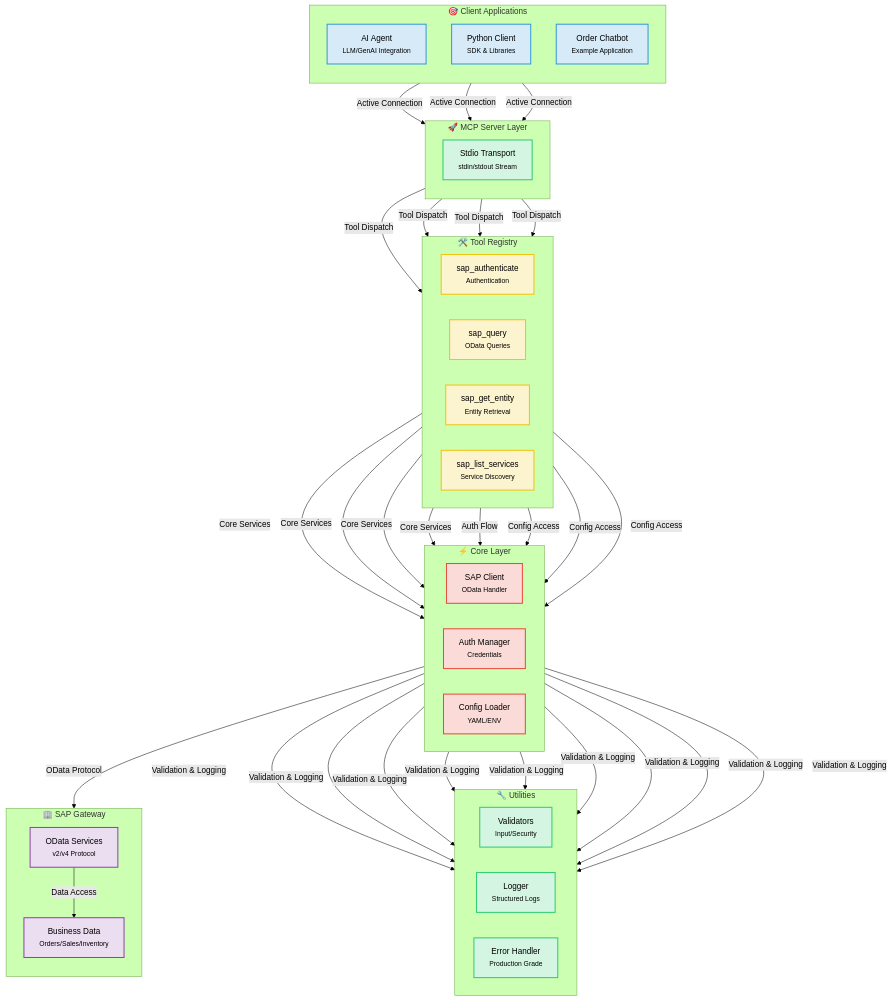
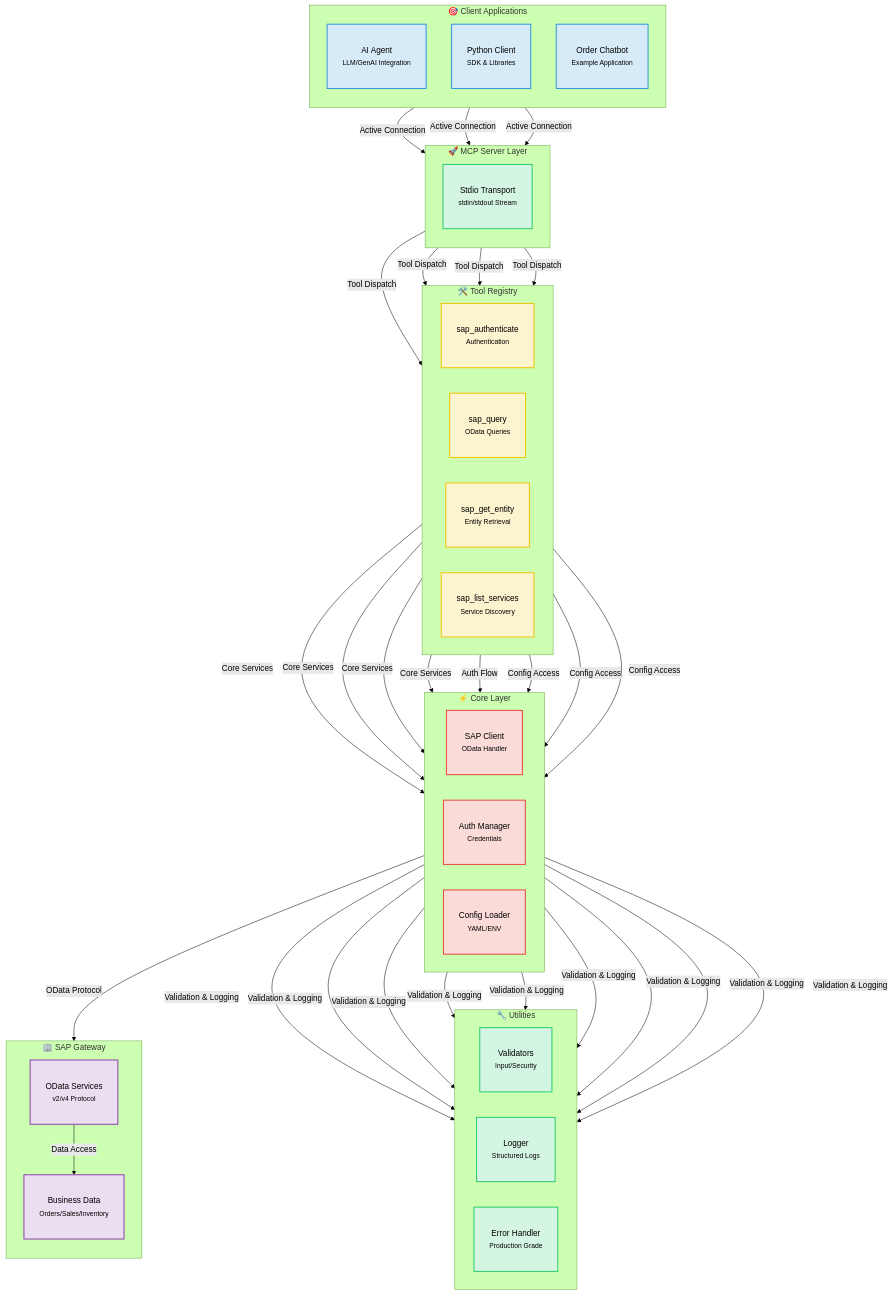
The first of 5 diagrams in README.md (midasol/sap-mcp-server), drawn with Mermaid (forest theme) before and after one commit. The commit also changed other lines of this file, not shown here.

````diff
--- a/README.md
+++ b/README.md
@@ -41,66 +41,66 @@
 ```mermaid
 graph TB
     subgraph clients["🎯 Client Applications"]
         direction TB
         A1["AI Agent<br/><small>LLM/GenAI Integration</small>"]
         A2["Python Client<br/><small>SDK & Libraries</small>"]
         A3["Order Chatbot<br/><small>Example Application</small>"]
     end
 
     subgraph transport["🚀 MCP Server Layer"]
         direction TB
         B1["Stdio Transport<br/><small>stdin/stdout Stream</small>"]
     end
 
     subgraph registry["🛠️ Tool Registry"]
         direction LR
         C1["sap_authenticate<br/><small>Authentication</small>"]
         C2["sap_query<br/><small>OData Queries</small>"]
         C3["sap_get_entity<br/><small>Entity Retrieval</small>"]
         C4["sap_list_services<br/><small>Service Discovery</small>"]
     end
 
     subgraph core["⚡ Core Layer"]
         direction LR
         D1["SAP Client<br/><small>OData Handler</small>"]
         D2["Auth Manager<br/><small>Credentials</small>"]
         D3["Config Loader<br/><small>YAML/ENV</small>"]
     end
 
     subgraph utils["🔧 Utilities"]
         direction LR
         E1["Validators<br/><small>Input/Security</small>"]
         E2["Logger<br/><small>Structured Logs</small>"]
         E3["Error Handler<br/><small>Production Grade</small>"]
     end
 
     subgraph sap["🏢 SAP Gateway"]
         direction TB
         F1["OData Services<br/><small>v2/v4 Protocol</small>"]
         F2["Business Data<br/><small>Orders/Sales/Inventory</small>"]
     end
 
     A1 & A2 & A3 -->|Active Connection| B1
     B1 -->|Tool Dispatch| C1 & C2 & C3 & C4
     C1 & C2 & C3 & C4 -->|Core Services| D1
     C1 -->|Auth Flow| D2
     C2 & C3 & C4 -->|Config Access| D3
     D1 & D2 & D3 -->|Validation & Logging| E1 & E2 & E3
     D1 -->|OData Protocol| F1
     F1 -->|Data Access| F2
 
-    classDef clientNode fill:#D6EAF8,stroke:#3498DB,stroke-width:2px
-    classDef transportNode fill:#D5F5E3,stroke:#2ECC71,stroke-width:2px
+    classDef clientNode fill:#D6EAF8,stroke:#3498DB,stroke-width:2px,padding:20px
+    classDef transportNode fill:#D5F5E3,stroke:#2ECC71,stroke-width:2px,padding:20px
     classDef futureNode fill:#E8E8E8,stroke:#999999,stroke-width:2px,stroke-dasharray:5 5
-    classDef toolNode fill:#FCF3CF,stroke:#F1C40F,stroke-width:2px
-    classDef coreNode fill:#FADBD8,stroke:#E74C3C,stroke-width:2px
-    classDef utilNode fill:#D5F5E3,stroke:#2ECC71,stroke-width:2px
-    classDef sapNode fill:#EBDEF0,stroke:#8E44AD,stroke-width:2px
+    classDef toolNode fill:#FCF3CF,stroke:#F1C40F,stroke-width:2px,padding:20px
+    classDef coreNode fill:#FADBD8,stroke:#E74C3C,stroke-width:2px,padding:20px
+    classDef utilNode fill:#D5F5E3,stroke:#2ECC71,stroke-width:2px,padding:20px
+    classDef sapNode fill:#EBDEF0,stroke:#8E44AD,stroke-width:2px,padding:20px
 
     class A1,A2,A3 clientNode
     class B1 transportNode
     class C1,C2,C3,C4 toolNode
     class D1,D2,D3 coreNode
     class E1,E2,E3 utilNode
     class F1,F2 sapNode
 ```
````
